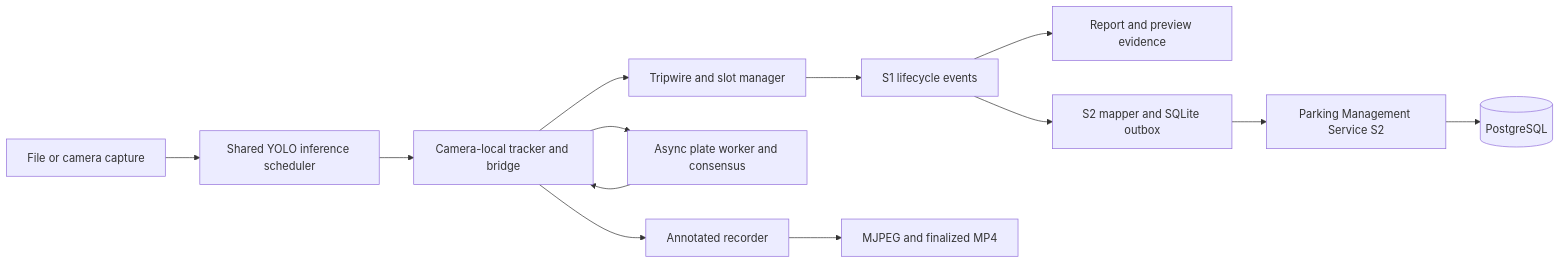
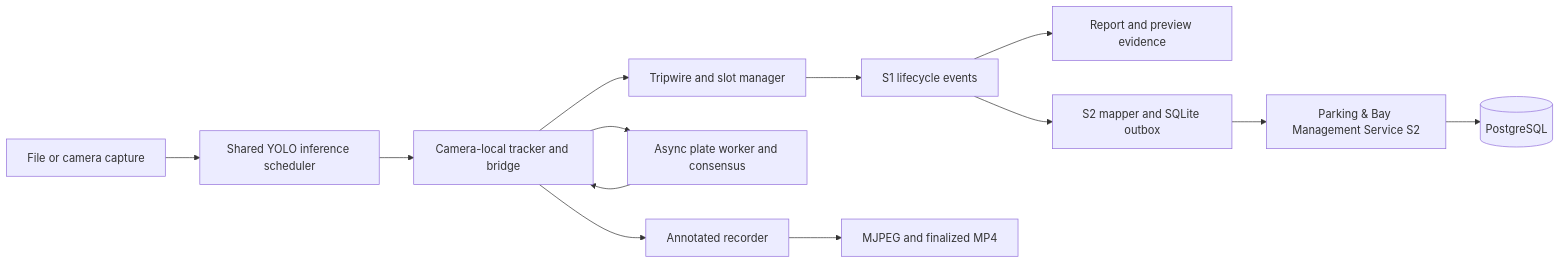
The diagram in docs/ARCHITECTURE_HANDOVER.md (adityavarmaaa/SmartGarage-S1), drawn with Mermaid before and after one commit. The commit also changed other lines of this file and 13 other files, not shown here.

````diff
--- a/docs/ARCHITECTURE_HANDOVER.md
+++ b/docs/ARCHITECTURE_HANDOVER.md
@@ -3,15 +3,15 @@
 ```mermaid
 flowchart LR
     A[File or camera capture] --> B[Shared YOLO inference scheduler]
     B --> C[Camera-local tracker and bridge]
     C --> D[Tripwire and slot manager]
     C --> E[Async plate worker and consensus]
     E --> C
     D --> F[S1 lifecycle events]
     F --> G[Report and preview evidence]
     F --> H[S2 mapper and SQLite outbox]
-    H --> I[Parking Management Service S2]
+    H --> I[Parking & Bay Management Service S2]
     I --> P[(PostgreSQL)]
     C --> J[Annotated recorder]
     J --> K[MJPEG and finalized MP4]
 ```
````
